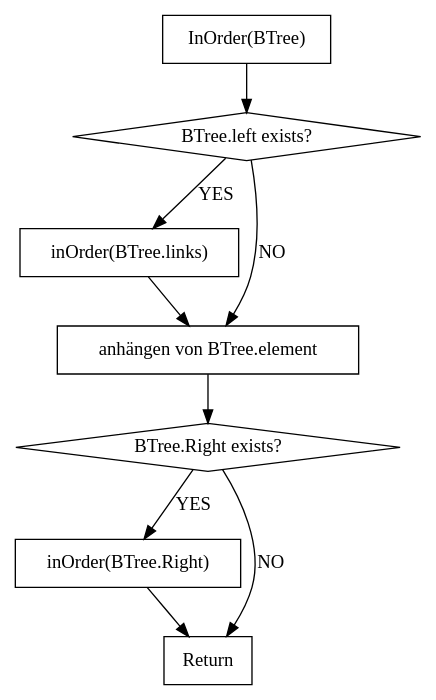
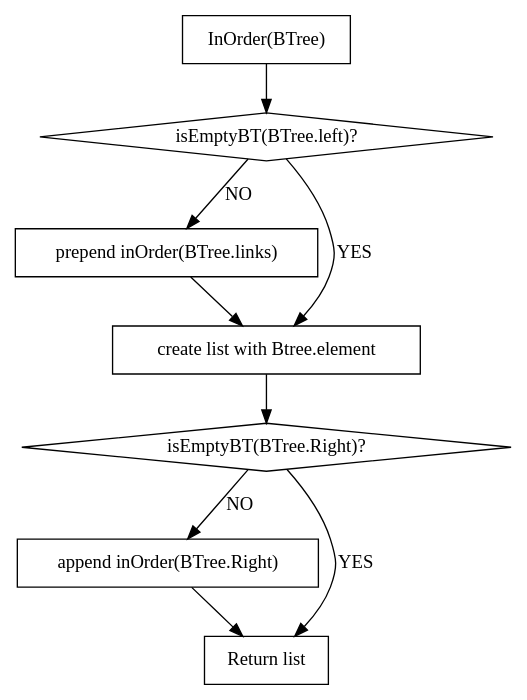
Before and after one commit to hugoppp-uni/Algorithmen-und-Datenstrukturen: the diagram in doc/aufg1/graphViz/InOrder.gv, drawn with Graphviz. The commit also changed other lines of this file and 18 other files, not shown here.

```diff
--- a/doc/aufg1/graphViz/InOrder.gv
+++ b/doc/aufg1/graphViz/InOrder.gv
@@ -1,22 +1,22 @@
 digraph Q {
 
 node [shape = box];
 compound = true;
 
     a1 [label = "InOrder(BTree)"]
     a1 -> a2
-    a2 [label = "BTree.left exists?" shape = diamond]
-    a2 ->   z1[label = "YES"]
-    z1 [label = "inOrder(BTree.links)"]
+    a2 [label = "isEmptyBT(BTree.left)?" shape = diamond]
+    a2 ->   z1[label = "NO"]
+    z1 [label = "prepend inOrder(BTree.links)"]
     z1 -> a4
 
-    a2 -> a4 [label = "NO"]
-    a4 [label = "anhängen von BTree.element"]
+    a2 -> a4 [label = "YES"]
+    a4 [label = "create list with Btree.element"]
     a4 -> a5
-    a5 [label = "BTree.Right exists?", shape = diamond]
-    a5 -> z2 [label = "YES"]
-    z2 [label = "inOrder(BTree.Right)"]
+    a5 [label = "isEmptyBT(BTree.Right)?", shape = diamond]
+    a5 -> z2 [label = "NO"]
+    z2 [label = "append inOrder(BTree.Right)"]
     z2 -> a6
-    a5 -> a6 [label = "NO"]
-    a6 [label = "Return"]
+    a5 -> a6 [label = "YES"]
+    a6 [label = "Return list"]
 }
```
